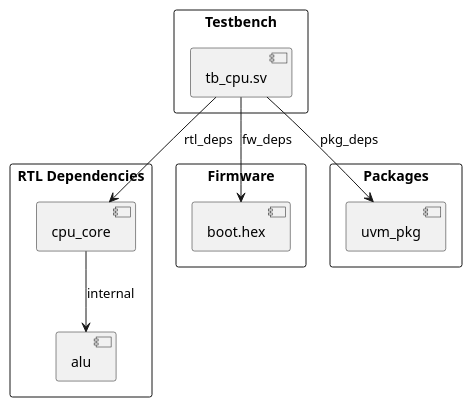
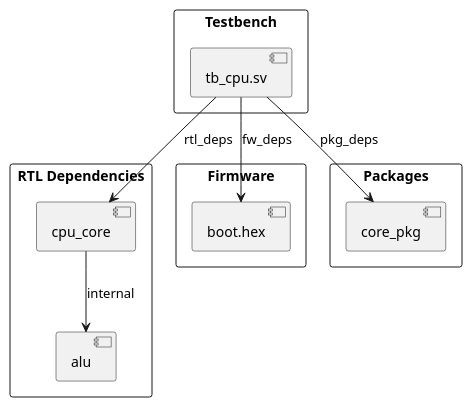
Before and after one commit to RWU-SOC/aly-tool: the fourth of 7 diagrams in docs/source/concepts.rst, drawn with PlantUML. The commit also changed other lines of this file and 14 other files, not shown here.

```diff
--- a/docs/source/concepts.rst
+++ b/docs/source/concepts.rst
@@ -236,30 +259,30 @@
 .. uml::
    :align: center
    :caption: Testbench Dependencies
 
    @startuml
    skinparam backgroundColor transparent
    skinparam defaultFontName sans-serif
 
    rectangle "Testbench" as TB {
       component "tb_cpu.sv" as tb
    }
 
    rectangle "RTL Dependencies" as RTL {
       component "cpu_core" as cpu
       component "alu" as alu
    }
 
    rectangle "Firmware" as FW {
       component "boot.hex" as boot
    }
 
    rectangle "Packages" as PKG {
-      component "uvm_pkg" as uvm
+      component "core_pkg" as uvm
    }
 
    tb --> cpu : rtl_deps
    tb --> boot : fw_deps
    tb --> uvm : pkg_deps
    cpu --> alu : internal
    @enduml
```
